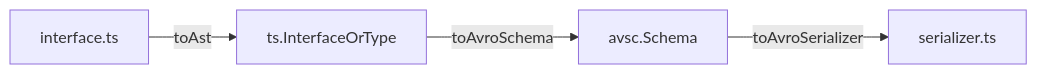
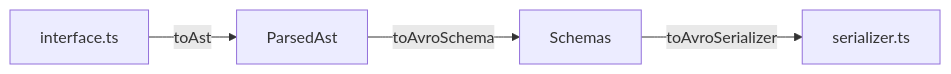
One commit to omervk/ts2avsc changed the second of 2 diagrams in README.md. Above: the diagram before and after it, drawn with Mermaid. The commit also changed other lines of this file and 33 other files, not shown here.

````diff
--- a/README.md
+++ b/README.md
@@ -133,6 +133,6 @@
 ```mermaid
 graph LR;
-    interface.ts-- toAst -->ts.InterfaceOrType
-    ts.InterfaceOrType-- toAvroSchema -->avsc.Schema
-    avsc.Schema-- toAvroSerializer -->serializer.ts
+    interface.ts-- toAst -->ParsedAst
+    ParsedAst-- toAvroSchema -->Schemas
+    Schemas-- toAvroSerializer -->serializer.ts
 ```
````
